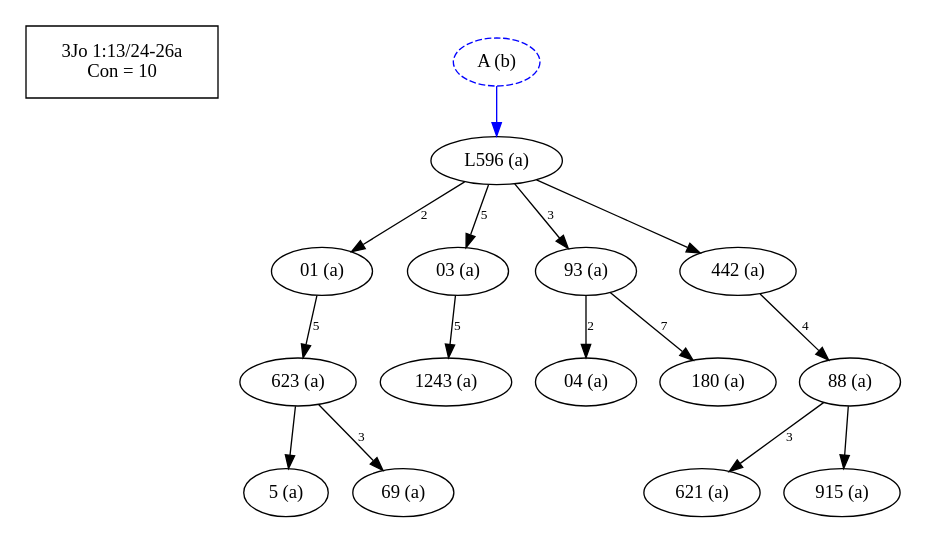
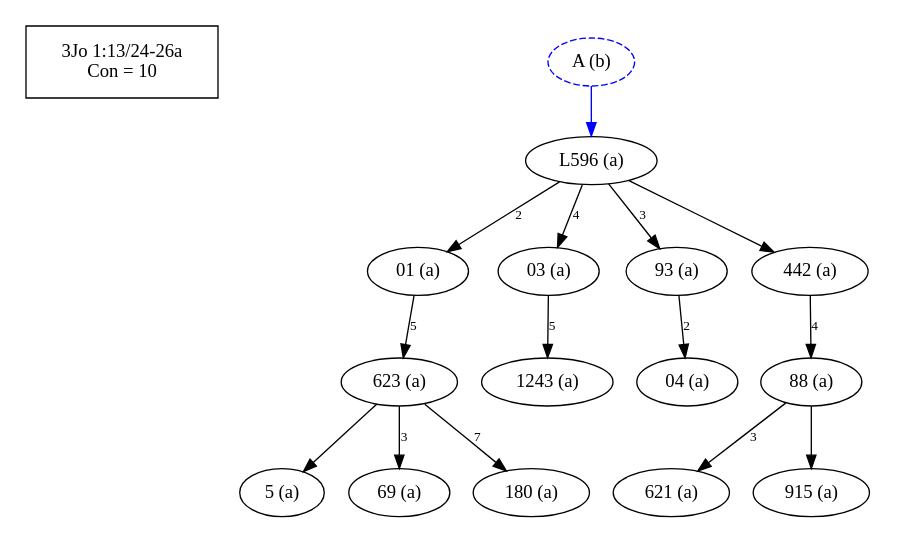
One commit to jjmccollum/greek-paul-cbgm-talk changed the diagram in tex/img/B25K1V13U24-26Ra-coherence-attestations-b-initial.dot. Above: the diagram before and after it, drawn with Graphviz. The commit also changed 12 other files, not shown here.

```diff
--- a/tex/img/B25K1V13U24-26Ra-coherence-attestations-b-initial.dot
+++ b/tex/img/B25K1V13U24-26Ra-coherence-attestations-b-initial.dot
@@ -1,38 +1,38 @@
 digraph textual_flow_diagram {
 	subgraph cluster_legend {
 		label [shape=plaintext, label="3Jo 1:13/24-26a\nCon = 10"];
 	}
 	subgraph cluster_plot {
 		style=invis;
 		node [shape=ellipse];
-		3 [label="01 (a)"];
-		5 [label="03 (a)"];
-		6 [label="04 (a)"];
-		16 [label="5 (a)"];
-		23 [label="69 (a)"];
-		25 [label="88 (a)"];
-		26 [label="93 (a)"];
-		29 [label="180 (a)"];
-		49 [label="442 (a)"];
-		58 [label="621 (a)"];
-		59 [label="623 (a)"];
-		66 [label="915 (a)"];
-		74 [label="1243 (a)"];
-		132 [label="L596 (a)"];
+		2 [label="01 (a)"];
+		4 [label="03 (a)"];
+		5 [label="04 (a)"];
+		13 [label="5 (a)"];
+		19 [label="69 (a)"];
+		21 [label="88 (a)"];
+		22 [label="93 (a)"];
+		25 [label="180 (a)"];
+		44 [label="442 (a)"];
+		53 [label="621 (a)"];
+		54 [label="623 (a)"];
+		61 [label="915 (a)"];
+		68 [label="1243 (a)"];
+		123 [label="L596 (a)"];
 		0 [label="A (b)", color=blue, style=dashed];
-		132 -> 3 [label="2", fontsize=10, color=black];
-		132 -> 5 [label="5", fontsize=10, color=black];
-		26 -> 6 [label="2", fontsize=10, color=black];
-		59 -> 16 [color=black];
-		59 -> 23 [label="3", fontsize=10, color=black];
-		49 -> 25 [label="4", fontsize=10, color=black];
-		132 -> 26 [label="3", fontsize=10, color=black];
-		26 -> 29 [label="7", fontsize=10, color=black];
-		132 -> 49 [color=black];
-		25 -> 58 [label="3", fontsize=10, color=black];
-		3 -> 59 [label="5", fontsize=10, color=black];
-		25 -> 66 [color=black];
-		5 -> 74 [label="5", fontsize=10, color=black];
-		0 -> 132 [color=blue];
+		123 -> 2 [label="2", fontsize=10, color=black];
+		123 -> 4 [label="4", fontsize=10, color=black];
+		22 -> 5 [label="2", fontsize=10, color=black];
+		54 -> 13 [color=black];
+		54 -> 19 [label="3", fontsize=10, color=black];
+		44 -> 21 [label="4", fontsize=10, color=black];
+		123 -> 22 [label="3", fontsize=10, color=black];
+		54 -> 25 [label="7", fontsize=10, color=black];
+		123 -> 44 [color=black];
+		21 -> 53 [label="3", fontsize=10, color=black];
+		2 -> 54 [label="5", fontsize=10, color=black];
+		21 -> 61 [color=black];
+		4 -> 68 [label="5", fontsize=10, color=black];
+		0 -> 123 [color=blue];
 	}
 }
```
